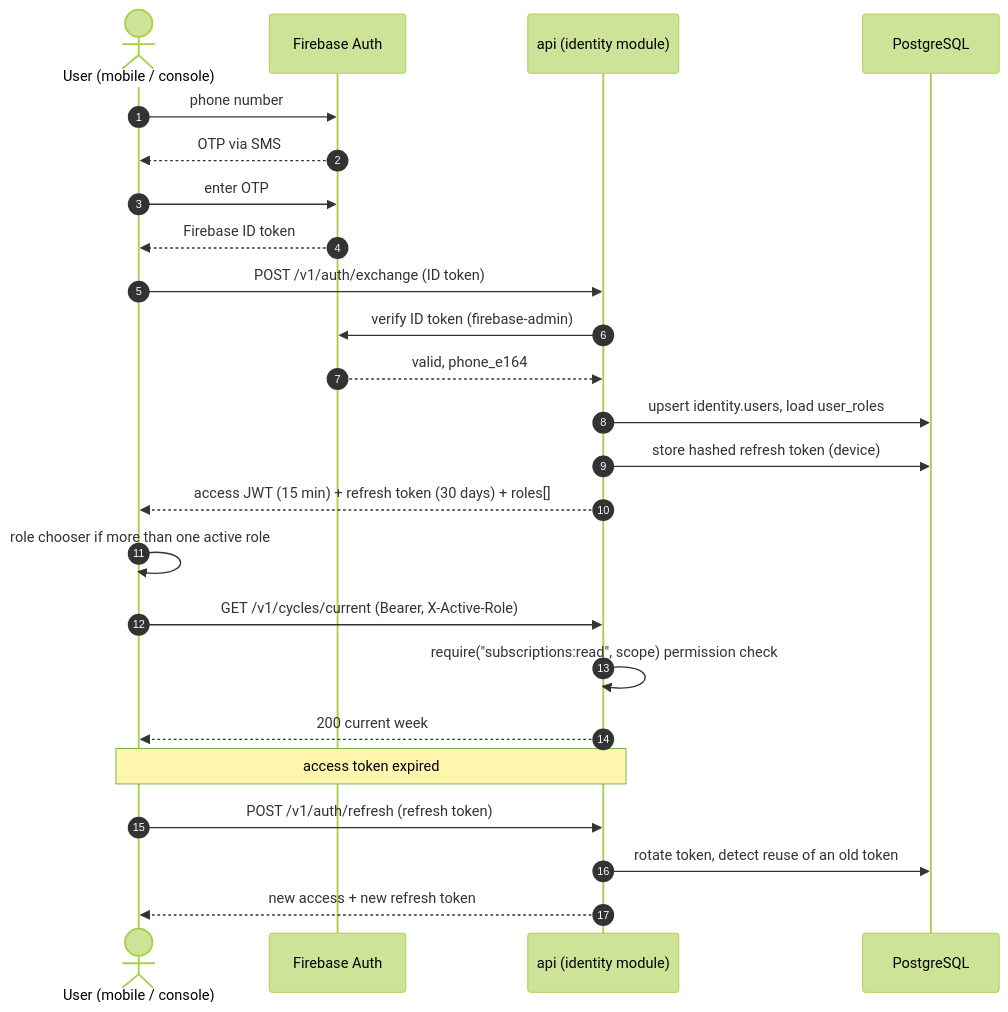
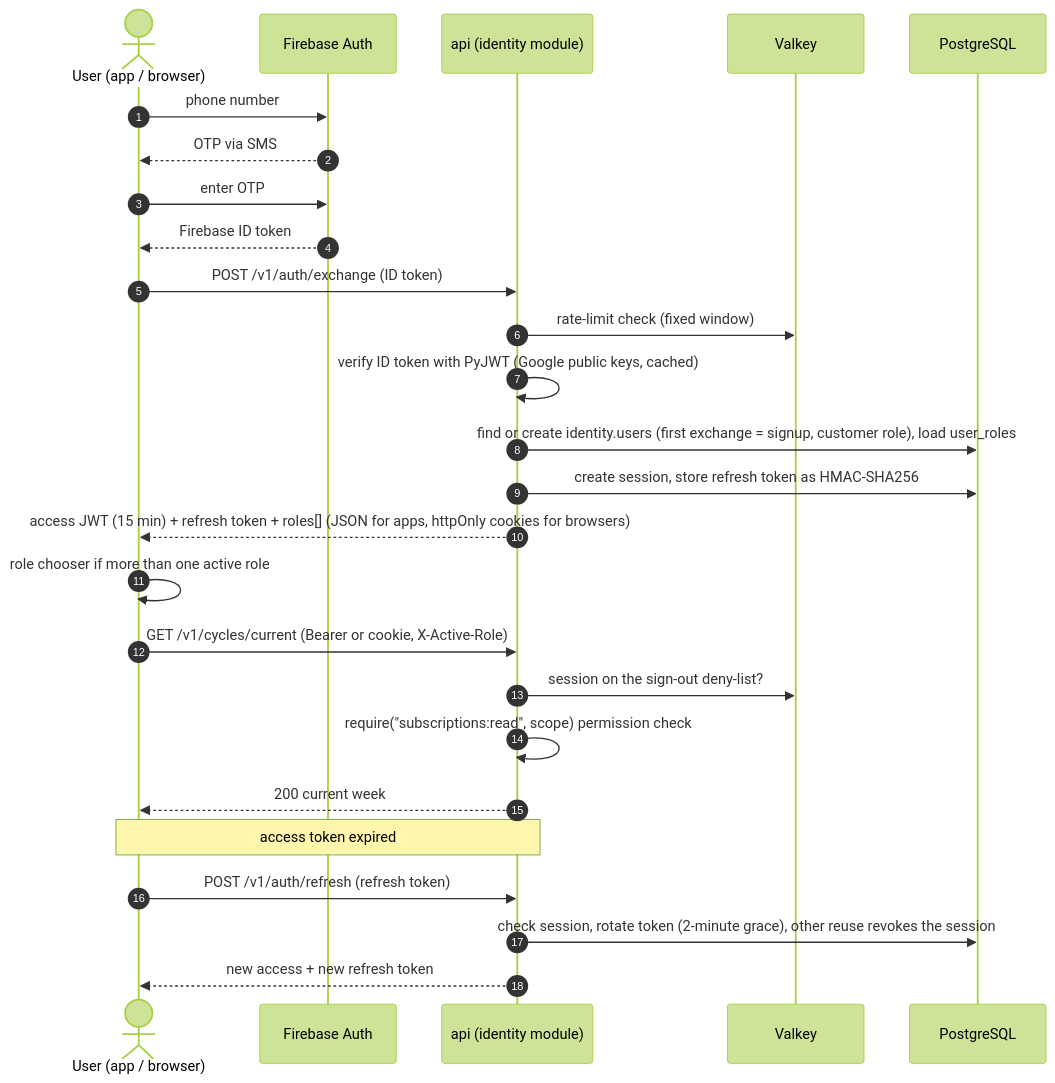
Before and after one commit to prelekar7/GharBasket: the first of 3 diagrams in docs/handbook/10-api-and-integration.md, drawn with Mermaid (forest theme). The commit also changed other lines of this file and 58 other files, not shown here.

````diff
--- a/docs/handbook/10-api-and-integration.md
+++ b/docs/handbook/10-api-and-integration.md
@@ -32,26 +32,28 @@
 ```mermaid
 sequenceDiagram
     autonumber
-    actor U as User (mobile / console)
+    actor U as User (app / browser)
     participant FB as Firebase Auth
     participant API as api (identity module)
+    participant VK as Valkey
     participant DB as PostgreSQL
     U->>FB: phone number
     FB-->>U: OTP via SMS
     U->>FB: enter OTP
     FB-->>U: Firebase ID token
     U->>API: POST /v1/auth/exchange (ID token)
-    API->>FB: verify ID token (firebase-admin)
-    FB-->>API: valid, phone_e164
-    API->>DB: upsert identity.users, load user_roles
-    API->>DB: store hashed refresh token (device)
-    API-->>U: access JWT (15 min) + refresh token (30 days) + roles[]
+    API->>VK: rate-limit check (fixed window)
+    API->>API: verify ID token with PyJWT (Google public keys, cached)
+    API->>DB: find or create identity.users (first exchange = signup, customer role), load user_roles
+    API->>DB: create session, store refresh token as HMAC-SHA256
+    API-->>U: access JWT (15 min) + refresh token + roles[] (JSON for apps, httpOnly cookies for browsers)
     U->>U: role chooser if more than one active role
-    U->>API: GET /v1/cycles/current (Bearer, X-Active-Role)
+    U->>API: GET /v1/cycles/current (Bearer or cookie, X-Active-Role)
+    API->>VK: session on the sign-out deny-list?
     API->>API: require("subscriptions:read", scope) permission check
     API-->>U: 200 current week
     Note over U,API: access token expired
     U->>API: POST /v1/auth/refresh (refresh token)
-    API->>DB: rotate token, detect reuse of an old token
+    API->>DB: check session, rotate token (2-minute grace), other reuse revokes the session
     API-->>U: new access + new refresh token
 ```
````
